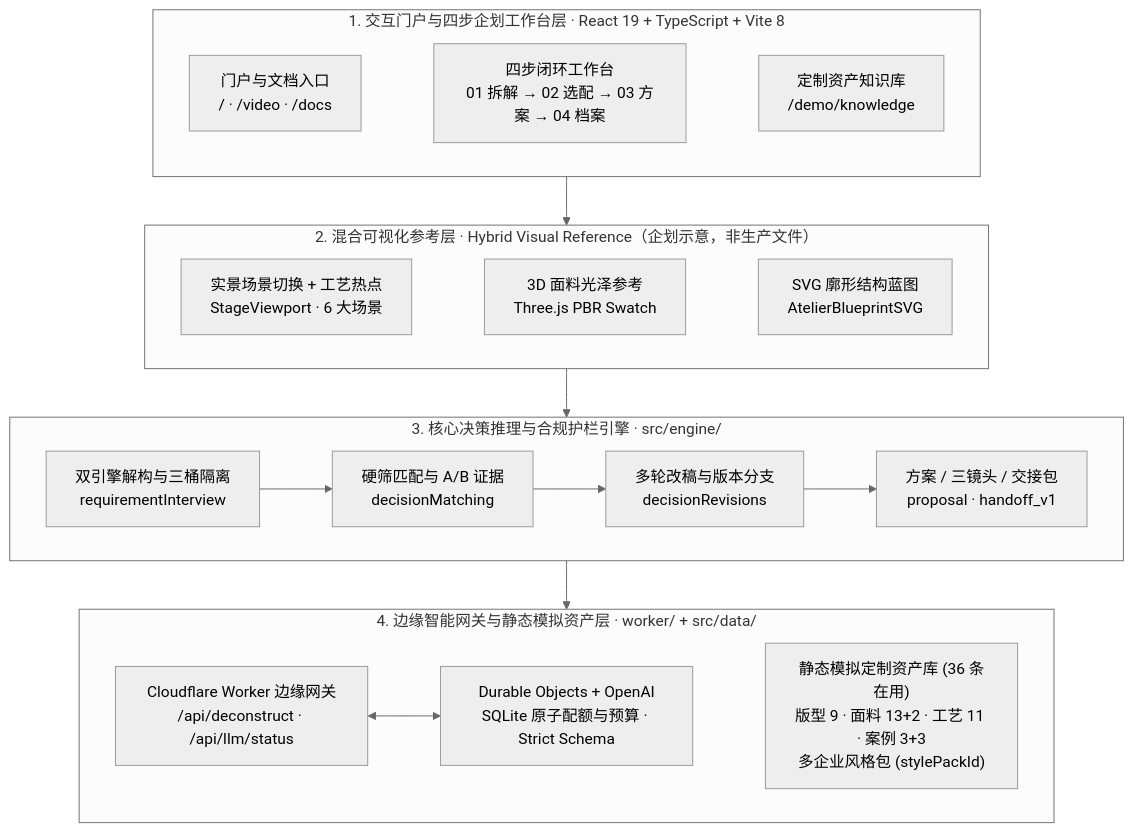
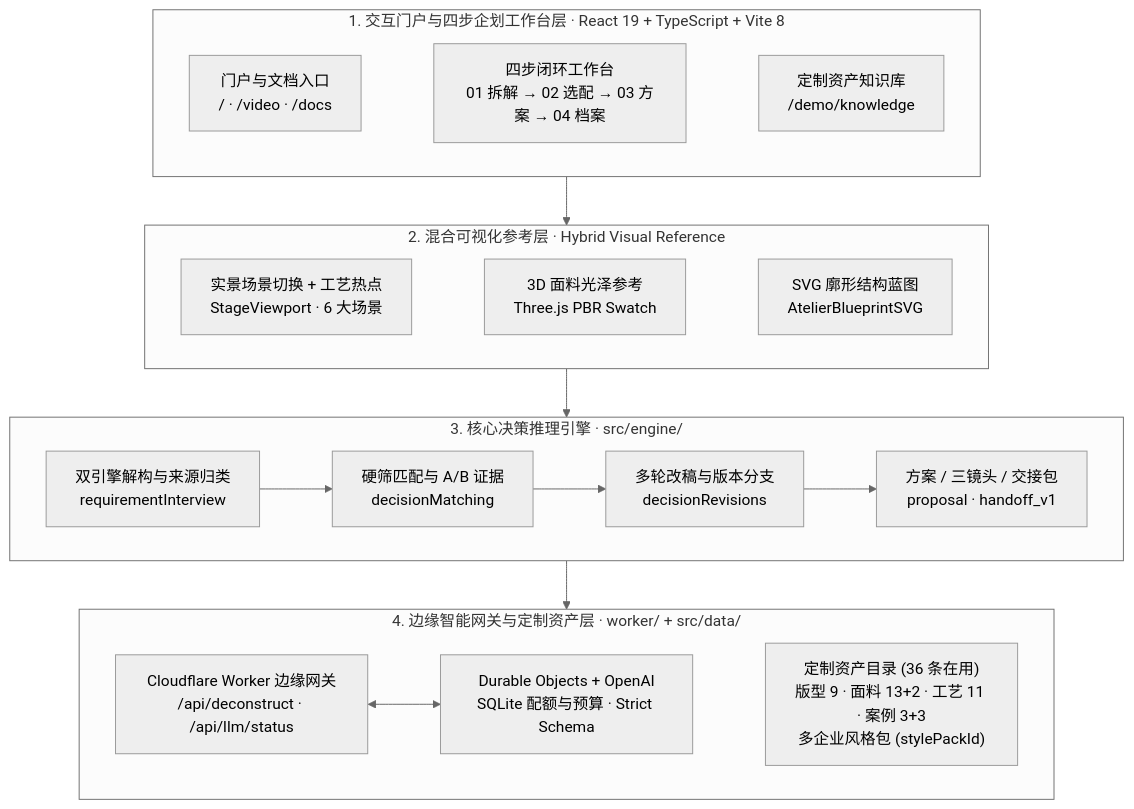
One commit to zicheng-yu/Dobe-Hackathon-Sartoria changed the diagram in docs/Sartoria-AI-Solution-Architecture.md. Above: the diagram before and after it, drawn with Mermaid (neutral theme). The commit also changed other lines of this file and 2 other files, not shown here.

Commit message:
docs: streamline system capabilities, keep single architecture Mermaid diagram, and fix inline code in links

````diff
--- a/docs/Sartoria-AI-Solution-Architecture.md
+++ b/docs/Sartoria-AI-Solution-Architecture.md
@@ -28,27 +27,27 @@
 ```mermaid
 flowchart TB
     subgraph L1["1. 交互门户与四步企划工作台层 · React 19 + TypeScript + Vite 8"]
         direction LR
         Portal["门户与文档入口<br/>/ · /video · /docs"] ~~~ Flow["四步闭环工作台<br/>01 拆解 → 02 选配 → 03 方案 → 04 档案"] ~~~ KB["定制资产知识库<br/>/demo/knowledge"]
     end
 
-    subgraph L2["2. 混合可视化参考层 · Hybrid Visual Reference（企划示意，非生产文件）"]
+    subgraph L2["2. 混合可视化参考层 · Hybrid Visual Reference"]
         direction LR
         SceneStage["实景场景切换 + 工艺热点<br/>StageViewport · 6 大场景"] ~~~ Fabric3D["3D 面料光泽参考<br/>Three.js PBR Swatch"] ~~~ Blueprint["SVG 廓形结构蓝图<br/>AtelierBlueprintSVG"]
     end
 
-    subgraph L3["3. 核心决策推理与合规护栏引擎 · src/engine/"]
+    subgraph L3["3. 核心决策推理引擎 · src/engine/"]
         direction LR
-        Interview["双引擎解构与三桶隔离<br/>requirementInterview"] --> Matcher["硬筛匹配与 A/B 证据<br/>decisionMatching"] --> Revisions["多轮改稿与版本分支<br/>decisionRevisions"] --> Compiler["方案 / 三镜头 / 交接包<br/>proposal · handoff_v1"]
+        Interview["双引擎解构与来源归类<br/>requirementInterview"] --> Matcher["硬筛匹配与 A/B 证据<br/>decisionMatching"] --> Revisions["多轮改稿与版本分支<br/>decisionRevisions"] --> Compiler["方案 / 三镜头 / 交接包<br/>proposal · handoff_v1"]
     end
 
-    subgraph L4["4. 边缘智能网关与静态模拟资产层 · worker/ + src/data/"]
+    subgraph L4["4. 边缘智能网关与定制资产层 · worker/ + src/data/"]
         direction LR
-        Edge["Cloudflare Worker 边缘网关<br/>/api/deconstruct · /api/llm/status"] <--> Quota["Durable Objects + OpenAI<br/>SQLite 原子配额与预算 · Strict Schema"]
-        Quota ~~~ Catalog["静态模拟定制资产库 (36 条在用)<br/>版型 9 · 面料 13+2 · 工艺 11 · 案例 3+3<br/>多企业风格包 (stylePackId)"]
+        Edge["Cloudflare Worker 边缘网关<br/>/api/deconstruct · /api/llm/status"] <--> Quota["Durable Objects + OpenAI<br/>SQLite 配额与预算 · Strict Schema"]
+        Quota ~~~ Catalog["定制资产目录 (36 条在用)<br/>版型 9 · 面料 13+2 · 工艺 11 · 案例 3+3<br/>多企业风格包 (stylePackId)"]
     end
 
     L1 --> L2
     L2 --> L3
     L3 --> L4
 ```
````
